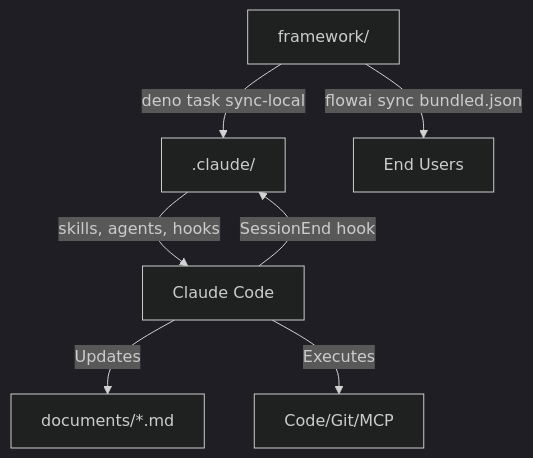
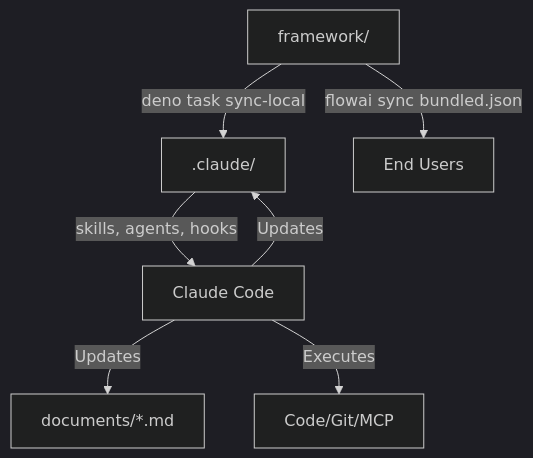
One commit to korchasa/flow changed the first of 2 diagrams in documents/design.md. Above: the diagram before and after it, drawn with Mermaid (dark theme). The commit also changed other lines of this file, not shown here.

````diff
--- a/documents/design.md
+++ b/documents/design.md
@@ -13,9 +12,9 @@
   ```mermaid
   graph TD
     Packs[framework/] -->|deno task sync-local| Claude[.claude/]
     Packs -->|flowai sync bundled.json| Users[End Users]
     Claude -->|skills, agents, hooks| IDE[Claude Code]
     IDE -->|Updates| Docs[documents/*.md]
     IDE -->|Executes| Actions[Code/Git/MCP]
-    IDE -->|SessionEnd hook| Claude
+    IDE -->|Updates| Claude
   ```
````
